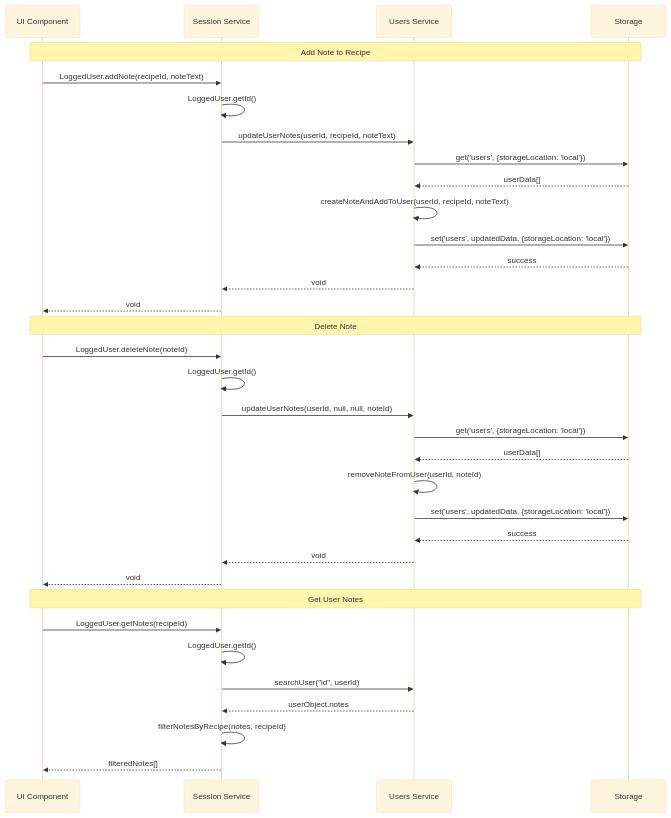
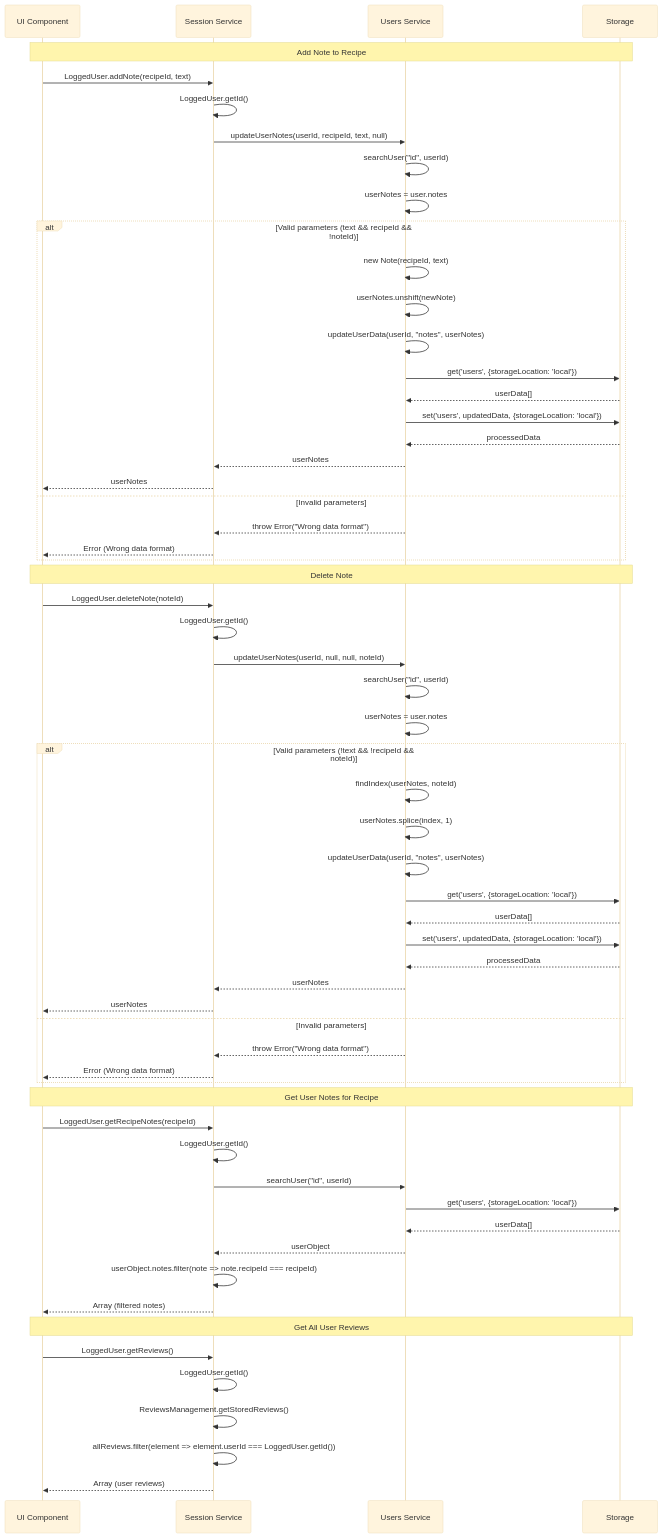
The seventh of 11 diagrams in documentation/diagrams/04-session-service-sequence.md (damiano-g/PGRC-project), drawn with Mermaid (base theme) before and after one commit. The commit also changed other lines of this file and 6 other files, not shown here.

````diff
--- a/documentation/diagrams/04-session-service-sequence.md
+++ b/documentation/diagrams/04-session-service-sequence.md
@@ -109,39 +243,65 @@
 ```mermaid
 sequenceDiagram
     participant UI as UI Component
     participant SS as Session Service
     participant US as Users Service
     participant ST as Storage
     
     Note over UI,ST: Add Note to Recipe
-    UI->>SS: LoggedUser.addNote(recipeId, noteText)
+    UI->>SS: LoggedUser.addNote(recipeId, text)
     SS->>SS: LoggedUser.getId()
-    SS->>US: updateUserNotes(userId, recipeId, noteText)
-    US->>ST: get('users', {storageLocation: 'local'})
-    ST-->>US: userData[]
-    US->>US: createNoteAndAddToUser(userId, recipeId, noteText)
-    US->>ST: set('users', updatedData, {storageLocation: 'local'})
-    ST-->>US: success
-    US-->>SS: void
-    SS-->>UI: void
+    SS->>US: updateUserNotes(userId, recipeId, text, null)
+    US->>US: searchUser("id", userId)
+    US->>US: userNotes = user.notes
+    alt Valid parameters (text && recipeId && !noteId)
+        US->>US: new Note(recipeId, text)
+        US->>US: userNotes.unshift(newNote)
+        US->>US: updateUserData(userId, "notes", userNotes)
+        US->>ST: get('users', {storageLocation: 'local'})
+        ST-->>US: userData[]
+        US->>ST: set('users', updatedData, {storageLocation: 'local'})
+        ST-->>US: processedData
+        US-->>SS: userNotes
+        SS-->>UI: userNotes
+    else Invalid parameters
+        US-->>SS: throw Error("Wrong data format")
+        SS-->>UI: Error (Wrong data format)
+    end
     
     Note over UI,ST: Delete Note
     UI->>SS: LoggedUser.deleteNote(noteId)
     SS->>SS: LoggedUser.getId()
     SS->>US: updateUserNotes(userId, null, null, noteId)
+    US->>US: searchUser("id", userId)
+    US->>US: userNotes = user.notes
+    alt Valid parameters (!text && !recipeId && noteId)
+        US->>US: findIndex(userNotes, noteId)
+        US->>US: userNotes.splice(index, 1)
+        US->>US: updateUserData(userId, "notes", userNotes)
+        US->>ST: get('users', {storageLocation: 'local'})
+        ST-->>US: userData[]
+        US->>ST: set('users', updatedData, {storageLocation: 'local'})
+        ST-->>US: processedData
+        US-->>SS: userNotes
+        SS-->>UI: userNotes
+    else Invalid parameters
+        US-->>SS: throw Error("Wrong data format")
+        SS-->>UI: Error (Wrong data format)
+    end
+    Note over UI,ST: Get User Notes for Recipe
+    UI->>SS: LoggedUser.getRecipeNotes(recipeId)
+    SS->>SS: LoggedUser.getId()
+    SS->>US: searchUser("id", userId)
     US->>ST: get('users', {storageLocation: 'local'})
     ST-->>US: userData[]
-    US->>US: removeNoteFromUser(userId, noteId)
-    US->>ST: set('users', updatedData, {storageLocation: 'local'})
-    ST-->>US: success
-    US-->>SS: void
-    SS-->>UI: void
+    US-->>SS: userObject
+    SS->>SS: userObject.notes.filter(note => note.recipeId === recipeId)
+    SS-->>UI: Array (filtered notes)
     
-    Note over UI,ST: Get User Notes
-    UI->>SS: LoggedUser.getNotes(recipeId)
+    Note over UI,ST: Get All User Reviews
+    UI->>SS: LoggedUser.getReviews()
     SS->>SS: LoggedUser.getId()
-    SS->>US: searchUser("id", userId)
-    US-->>SS: userObject.notes
-    SS->>SS: filterNotesByRecipe(notes, recipeId)
-    SS-->>UI: filteredNotes[]
+    SS->>SS: ReviewsManagement.getStoredReviews()
+    SS->>SS: allReviews.filter(element => element.userId === LoggedUser.getId())
+    SS-->>UI: Array (user reviews)
 ```
````
